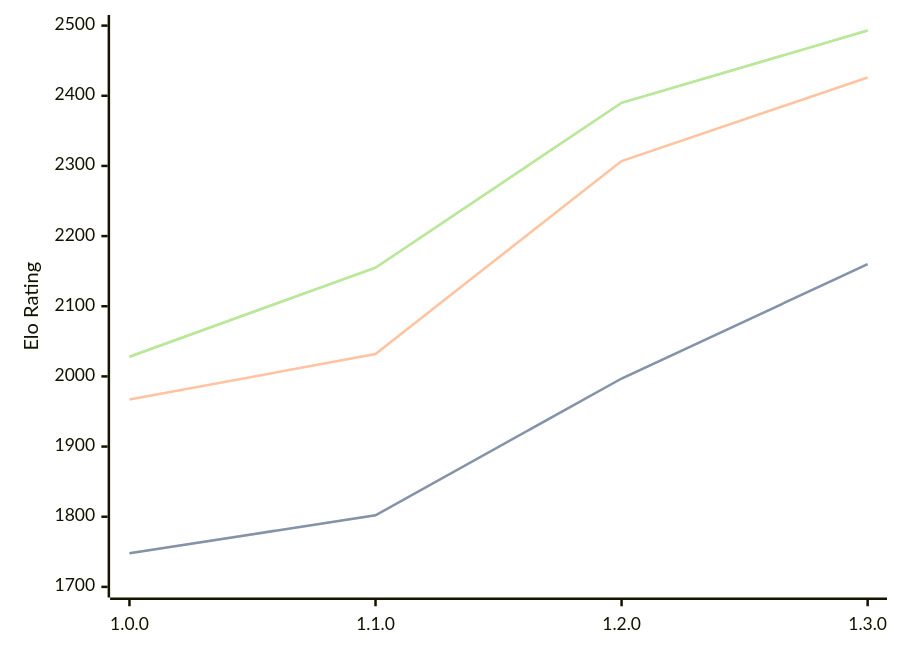
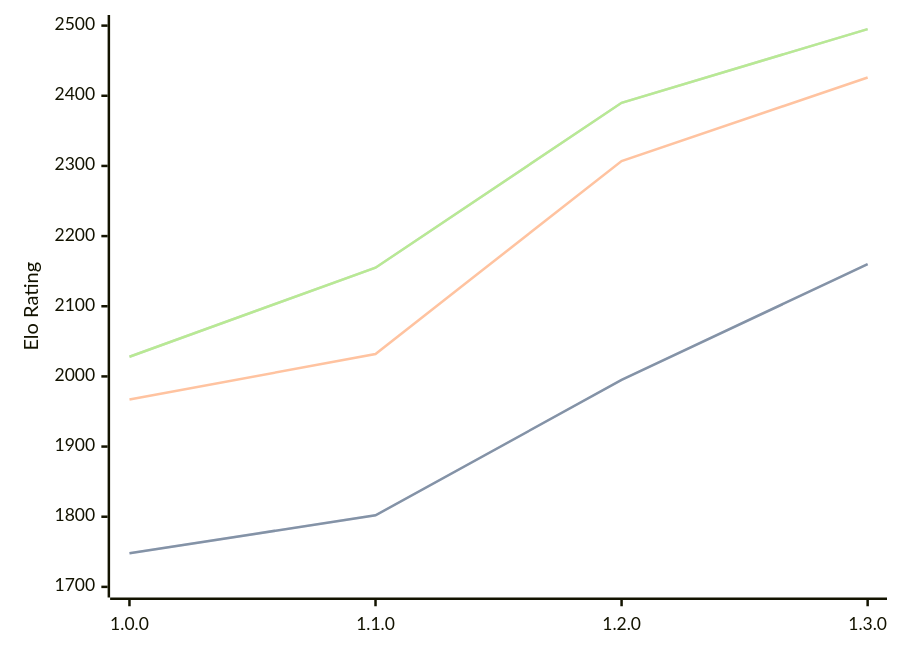
The diagram in engines/Anodos.md (computer-chess-index/cci), drawn with Mermaid before and after one commit. The commit also changed other lines of this file, not shown here.

Commit message:
Update CCI Ratings (ELO VLTC) - 2026-09-08

````diff
--- a/engines/Anodos.md
+++ b/engines/Anodos.md
@@ -34,11 +34,11 @@
 ```mermaid
 %%{init: {"theme":"base","themeVariables":{"seriesColors:['#a3a3a3','#222221','#faa371']}}}%%
 xychart-beta
   x-axis ["1.0.0", "1.1.0", "1.2.0", "1.3.0"]
   y-axis "Elo Rating" 1700 --> 2500
-  line "" [1748, 1802, 1997, 2160]
-  line "STC (8.0+0.08s)" [1748, 1802, 1997, 2160]
+  line "" [1748, 1802, 1995, 2160]
+  line "STC (8.0+0.08s)" [1748, 1802, 1995, 2160]
   line "LTC (60.0+0.60s)" [1967, 2032, 2307, 2426]
-  line "" [2028, 2155, 2390, 2493]
-  line "VLTC (2m24s+1.12s)" [2028, 2155, 2390, 2493]
+  line "" [2028, 2155, 2390, 2495]
+  line "VLTC (2m24s+1.12s)" [2028, 2155, 2390, 2495]
 ```
````
